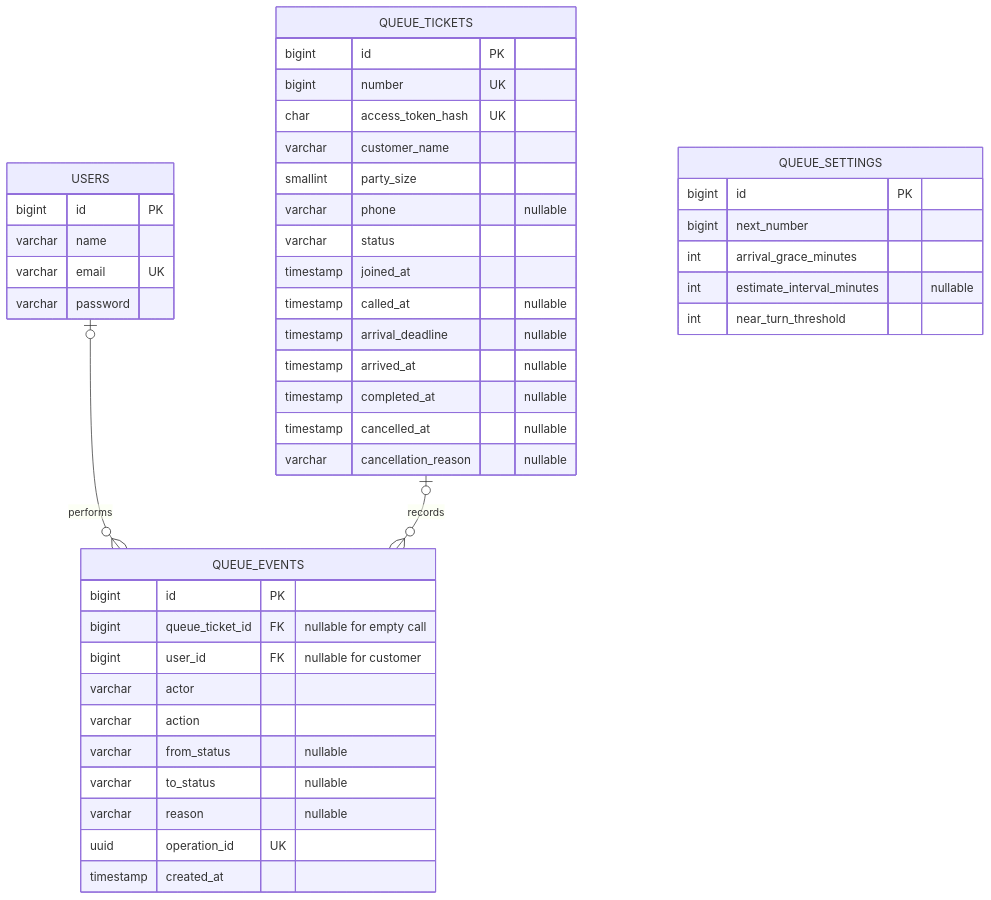
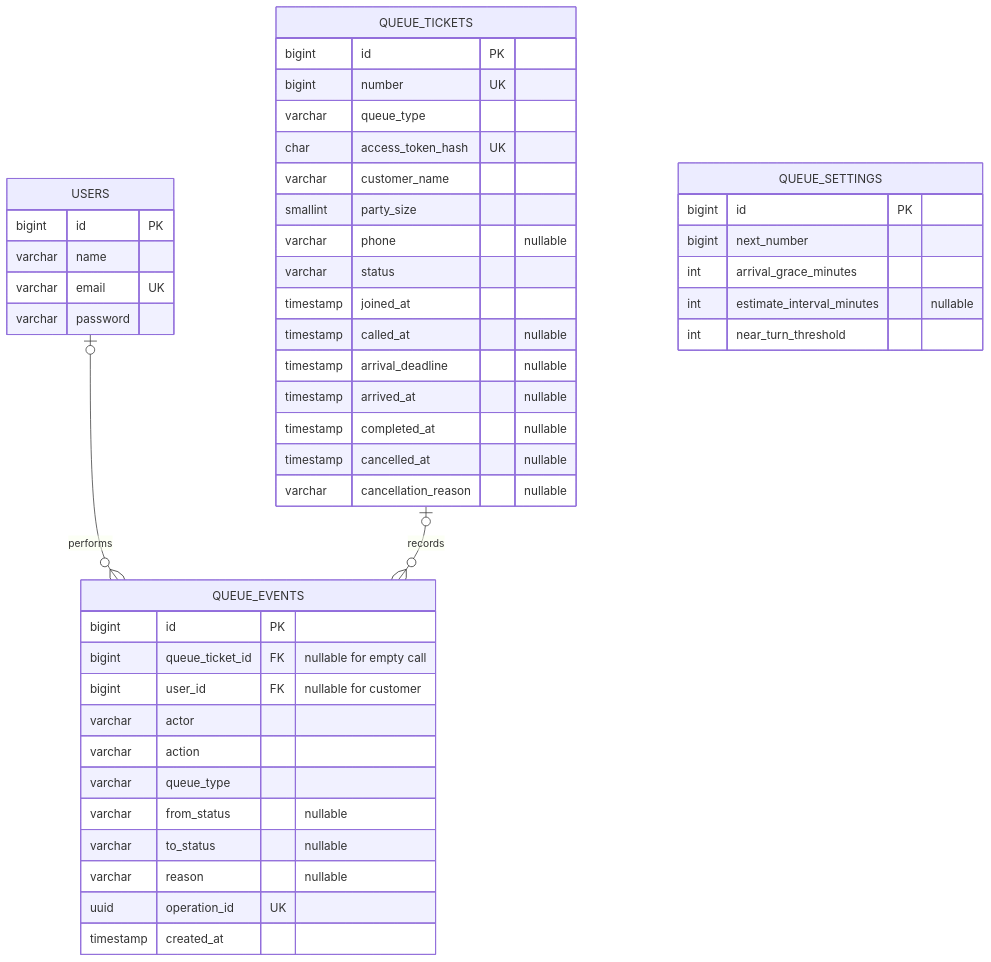
The second of 4 diagrams in docs/design.md (Sragastiya/Digital-Queing-System), drawn with Mermaid before and after one commit. The commit also changed other lines of this file and 26 other files, not shown here.

````diff
--- a/docs/design.md
+++ b/docs/design.md
@@ -57,46 +61,48 @@
 ```mermaid
 erDiagram
 USERS o|--o{ QUEUE_EVENTS : performs
 QUEUE_TICKETS o|--o{ QUEUE_EVENTS : records
 USERS {
  bigint id PK
  varchar name
  varchar email UK
  varchar password
 }
 QUEUE_SETTINGS {
  bigint id PK
  bigint next_number
  int arrival_grace_minutes
  int estimate_interval_minutes "nullable"
  int near_turn_threshold
 }
 QUEUE_TICKETS {
  bigint id PK
  bigint number UK
+ varchar queue_type
  char access_token_hash UK
  varchar customer_name
  smallint party_size
  varchar phone "nullable"
  varchar status
  timestamp joined_at
  timestamp called_at "nullable"
  timestamp arrival_deadline "nullable"
  timestamp arrived_at "nullable"
  timestamp completed_at "nullable"
  timestamp cancelled_at "nullable"
  varchar cancellation_reason "nullable"
 }
 QUEUE_EVENTS {
  bigint id PK
  bigint queue_ticket_id FK "nullable for empty call"
  bigint user_id FK "nullable for customer"
  varchar actor
  varchar action
+ varchar queue_type
  varchar from_status "nullable"
  varchar to_status "nullable"
  varchar reason "nullable"
  uuid operation_id UK
  timestamp created_at
 }
 ```
````
